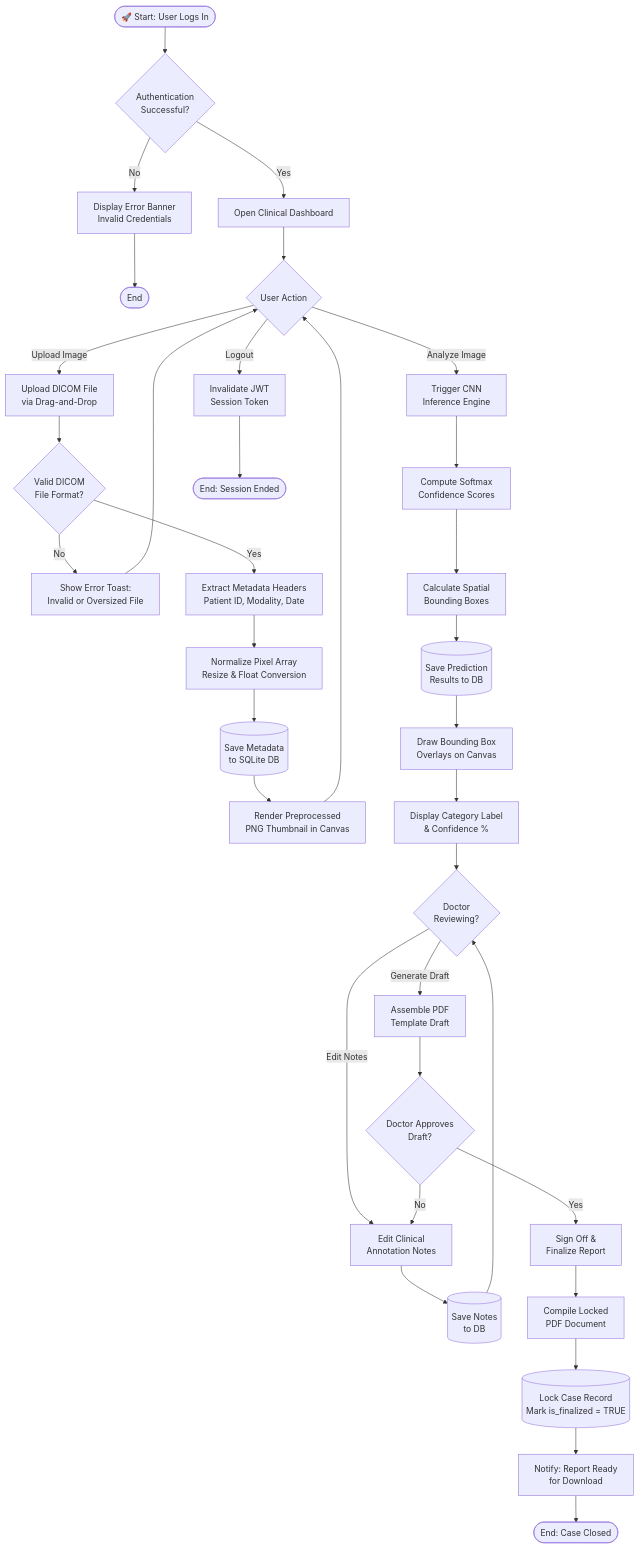
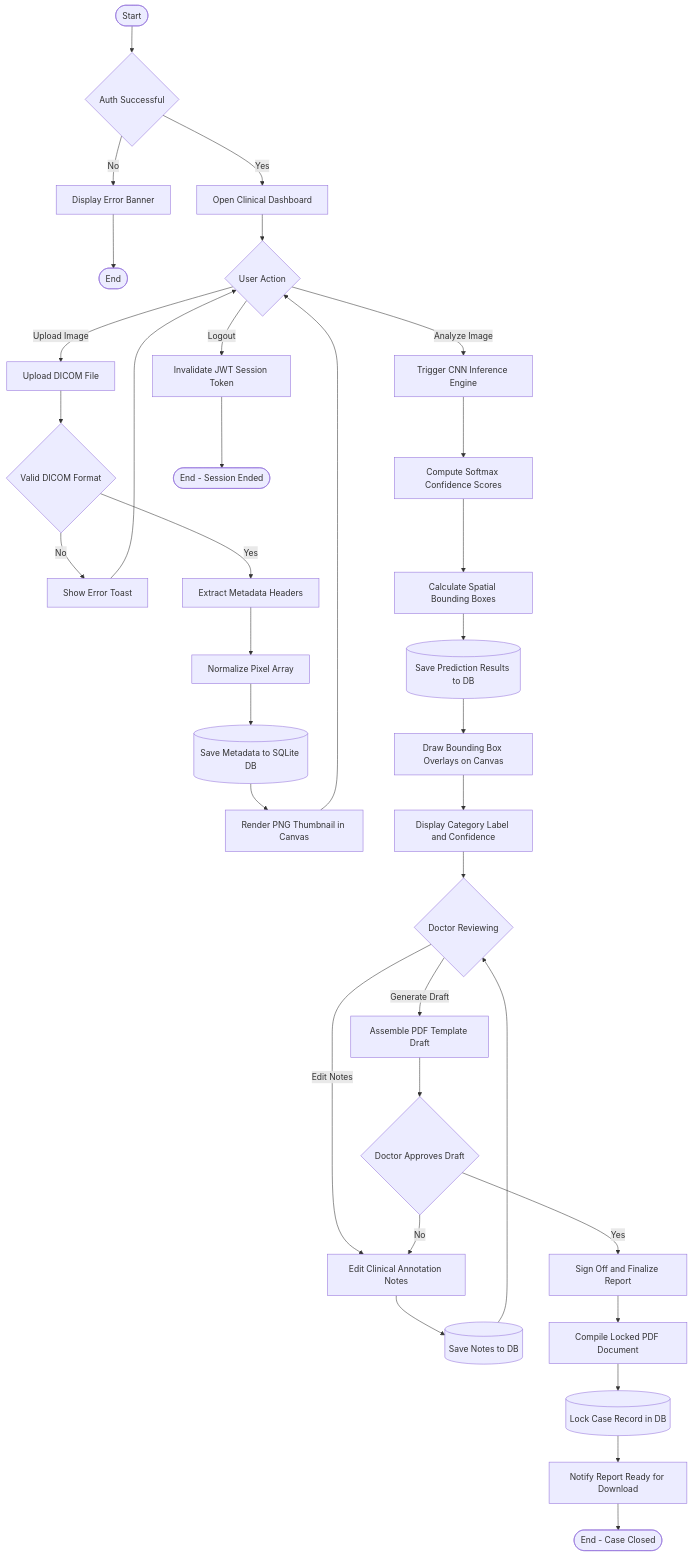
Before and after one commit to alirezakavianifar/Medical-Image-Based-Disease-Detection-and-Classification-System: the diagram in diagrams/activity_preprocess_workflow.md, drawn with Mermaid. The commit also changed other lines of this file and 7 other files, not shown here.

Commit message:
INFRA: Fix all Mermaid diagrams for GitHub v8.8.0 compatibility

````diff
--- a/diagrams/activity_preprocess_workflow.md
+++ b/diagrams/activity_preprocess_workflow.md
@@ -12,39 +12,43 @@
 ```mermaid
 flowchart TD
-    Start([🚀 Start: User Logs In]) --> Auth{Authentication\nSuccessful?}
-    Auth -->|No| AuthFail[Display Error Banner\nInvalid Credentials] --> End1([End])
+    Start([Start]) --> Auth{Auth Successful}
+    Auth -->|No| AuthFail[Display Error Banner]
+    AuthFail --> End1([End])
     Auth -->|Yes| Dashboard[Open Clinical Dashboard]
 
     Dashboard --> SelectAction{User Action}
 
-    SelectAction -->|Upload Image| Upload[Upload DICOM File\nvia Drag-and-Drop]
-    Upload --> ValidDICOM{Valid DICOM\nFile Format?}
-    ValidDICOM -->|No| UploadError[Show Error Toast:\nInvalid or Oversized File] --> SelectAction
-    ValidDICOM -->|Yes| ParseHeader[Extract Metadata Headers\nPatient ID, Modality, Date]
-    ParseHeader --> Normalize[Normalize Pixel Array\nResize & Float Conversion]
-    Normalize --> SaveDB[(Save Metadata\nto SQLite DB)]
-    SaveDB --> RenderThumb[Render Preprocessed\nPNG Thumbnail in Canvas]
+    SelectAction -->|Upload Image| Upload[Upload DICOM File]
+    Upload --> ValidDICOM{Valid DICOM Format}
+    ValidDICOM -->|No| UploadError[Show Error Toast]
+    UploadError --> SelectAction
+    ValidDICOM -->|Yes| ParseHeader[Extract Metadata Headers]
+    ParseHeader --> Normalize[Normalize Pixel Array]
+    Normalize --> SaveDB[(Save Metadata to SQLite DB)]
+    SaveDB --> RenderThumb[Render PNG Thumbnail in Canvas]
     RenderThumb --> SelectAction
 
-    SelectAction -->|Analyze Image| Analyze[Trigger CNN\nInference Engine]
-    Analyze --> ComputeScores[Compute Softmax\nConfidence Scores]
-    ComputeScores --> ComputeBoxes[Calculate Spatial\nBounding Boxes]
-    ComputeBoxes --> SaveResults[(Save Prediction\nResults to DB)]
-    SaveResults --> DrawCanvas[Draw Bounding Box\nOverlays on Canvas]
-    DrawCanvas --> ShowResults[Display Category Label\n& Confidence %]
-    ShowResults --> DoctorReview{Doctor\nReviewing?}
+    SelectAction -->|Analyze Image| Analyze[Trigger CNN Inference Engine]
+    Analyze --> ComputeScores[Compute Softmax Confidence Scores]
+    ComputeScores --> ComputeBoxes[Calculate Spatial Bounding Boxes]
+    ComputeBoxes --> SaveResults[(Save Prediction Results to DB)]
+    SaveResults --> DrawCanvas[Draw Bounding Box Overlays on Canvas]
+    DrawCanvas --> ShowResults[Display Category Label and Confidence]
+    ShowResults --> DoctorReview{Doctor Reviewing}
 
-    DoctorReview -->|Edit Notes| EditNotes[Edit Clinical\nAnnotation Notes]
-    EditNotes --> SaveNotes[(Save Notes\nto DB)] --> DoctorReview
+    DoctorReview -->|Edit Notes| EditNotes[Edit Clinical Annotation Notes]
+    EditNotes --> SaveNotes[(Save Notes to DB)]
+    SaveNotes --> DoctorReview
 
-    DoctorReview -->|Generate Draft| DraftPDF[Assemble PDF\nTemplate Draft]
-    DraftPDF --> ReviewPDF{Doctor Approves\nDraft?}
+    DoctorReview -->|Generate Draft| DraftPDF[Assemble PDF Template Draft]
+    DraftPDF --> ReviewPDF{Doctor Approves Draft}
     ReviewPDF -->|No| EditNotes
-    ReviewPDF -->|Yes| SignOff[Sign Off &\nFinalize Report]
-    SignOff --> CompilePDF[Compile Locked\nPDF Document]
-    CompilePDF --> LockRecord[(Lock Case Record\nMark is_finalized = TRUE)]
-    LockRecord --> NotifyUser[Notify: Report Ready\nfor Download]
-    NotifyUser --> End2([End: Case Closed])
+    ReviewPDF -->|Yes| SignOff[Sign Off and Finalize Report]
+    SignOff --> CompilePDF[Compile Locked PDF Document]
+    CompilePDF --> LockRecord[(Lock Case Record in DB)]
+    LockRecord --> NotifyUser[Notify Report Ready for Download]
+    NotifyUser --> End2([End - Case Closed])
 
-    SelectAction -->|Logout| Logout[Invalidate JWT\nSession Token] --> End3([End: Session Ended])
+    SelectAction -->|Logout| Logout[Invalidate JWT Session Token]
+    Logout --> End3([End - Session Ended])
 ```
````
